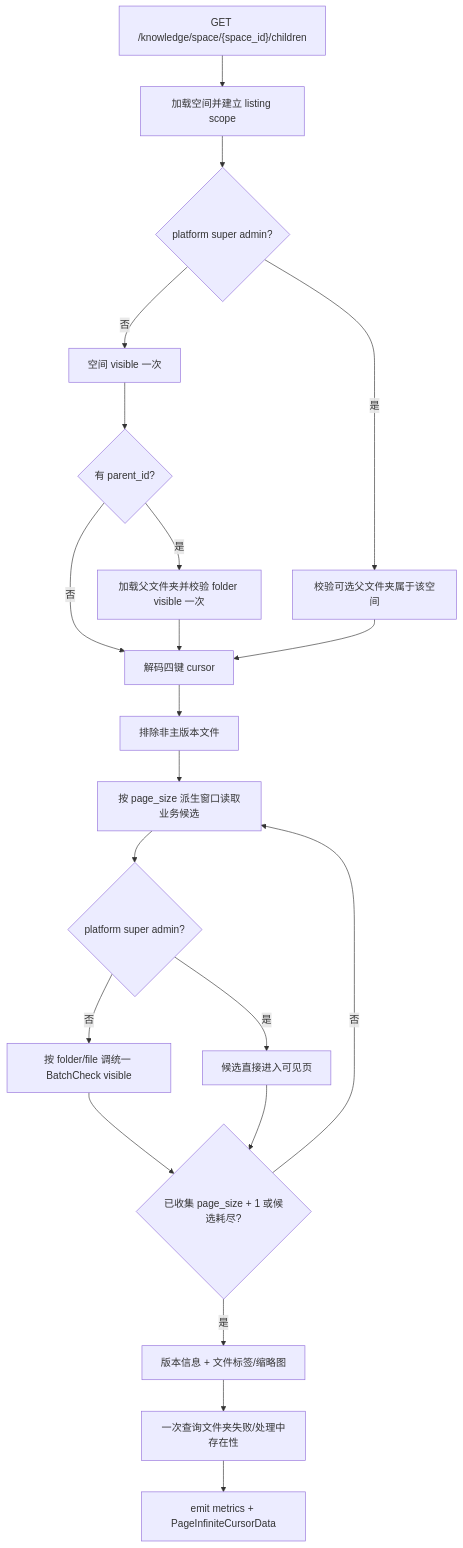
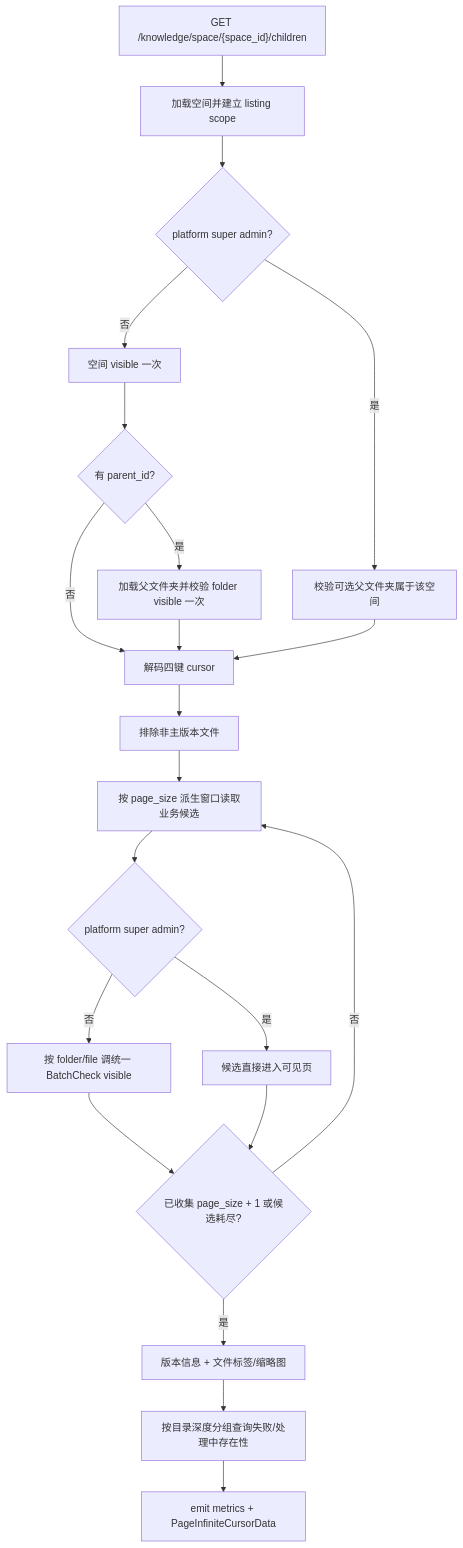
The first of 2 diagrams in features/v3.0.0-beta1/049-knowledge-space-children-read-optimization/design.md (dataelement/bisheng), drawn with Mermaid before and after one commit. The commit also changed other lines of this file and 23 other files, not shown here.

````diff
--- a/features/v3.0.0-beta1/049-knowledge-space-children-read-optimization/design.md
+++ b/features/v3.0.0-beta1/049-knowledge-space-children-read-optimization/design.md
@@ -171,23 +174,23 @@
 ```mermaid
 flowchart TD
     A["GET /knowledge/space/{space_id}/children"] --> B["加载空间并建立 listing scope"]
     B --> C{"platform super admin?"}
     C -- "是" --> D["校验可选父文件夹属于该空间"]
     C -- "否" --> E["空间 visible 一次"]
     E --> F{"有 parent_id?"}
     F -- "是" --> G["加载父文件夹并校验 folder visible 一次"]
     F -- "否" --> H["解码四键 cursor"]
     G --> H
     D --> H
     H --> I["排除非主版本文件"]
     I --> J["按 page_size 派生窗口读取业务候选"]
     J --> K{"platform super admin?"}
     K -- "是" --> L["候选直接进入可见页"]
     K -- "否" --> M["按 folder/file 调统一 BatchCheck visible"]
     M --> N{"已收集 page_size + 1 或候选耗尽?"}
     L --> N
     N -- "否" --> J
     N -- "是" --> O["版本信息 + 文件标签/缩略图"]
-    O --> P["一次查询文件夹失败/处理中存在性"]
+    O --> P["按目录深度分组查询失败/处理中存在性"]
     P --> Q["emit metrics + PageInfiniteCursorData"]
 ```
````
